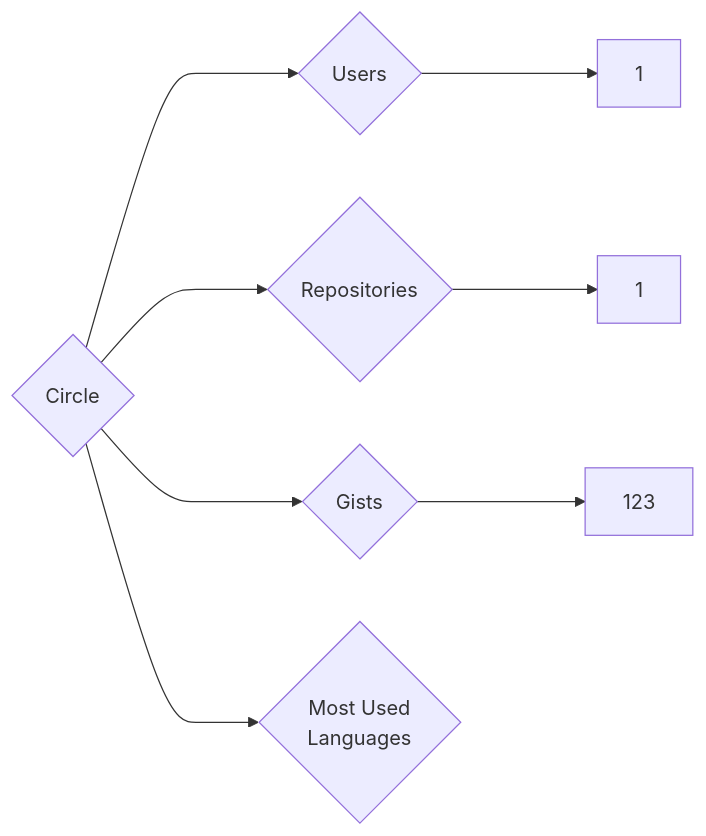
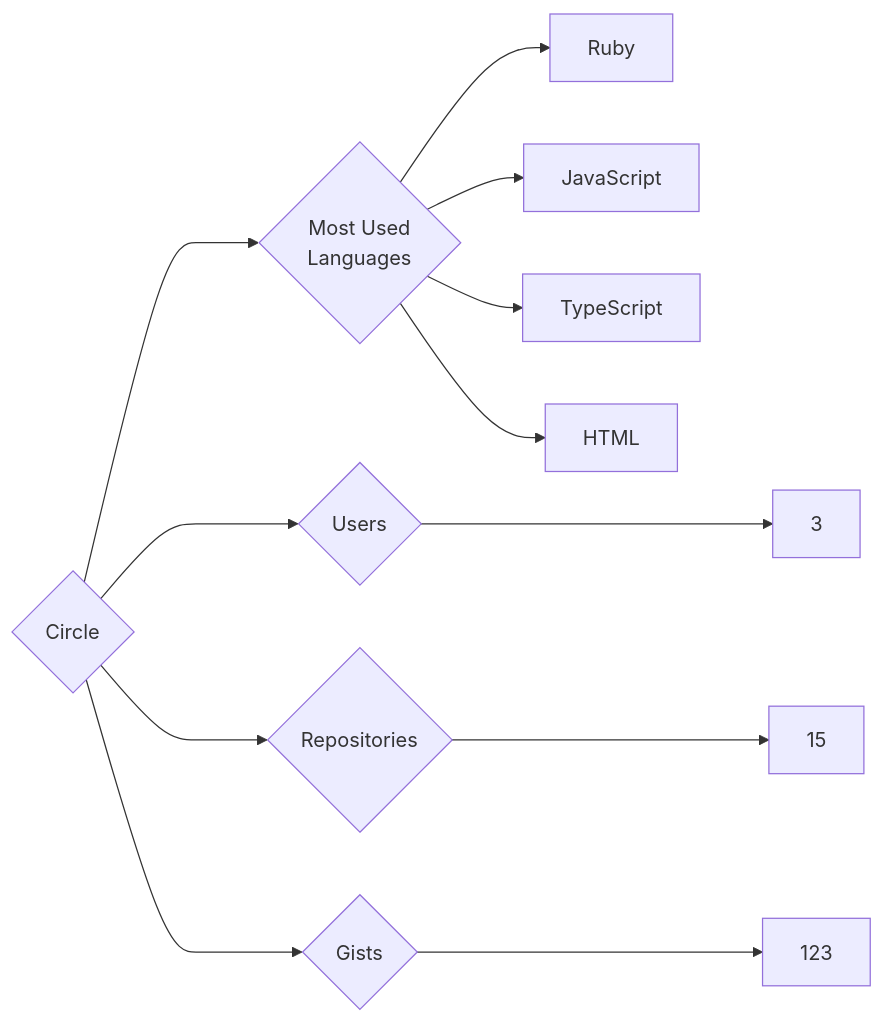
One commit to trickest/insiders changed the diagram in targets/Circle/README.md. Above: the diagram before and after it, drawn with Mermaid. The commit also changed 1030 other files, not shown here.

````diff
--- a/targets/Circle/README.md
+++ b/targets/Circle/README.md
@@ -3,8 +3,12 @@
 ```mermaid
 graph LR
 COMPANY_NAME{Circle}
-COMPANY_NAME ---> U{Users} ---> UN[1]
-COMPANY_NAME ---> R{Repositories} ---> RN[1]
+COMPANY_NAME ---> U{Users} ---> UN[3]
+COMPANY_NAME ---> R{Repositories} ---> RN[15]
 COMPANY_NAME ---> G{Gists} ---> GN[123]
 COMPANY_NAME ---> ML{Most Used<br>Languages}
+ML --> Ruby[Ruby]
+ML --> JavaScript[JavaScript]
+ML --> TypeScript[TypeScript]
+ML --> HTML[HTML]
 ```
````
